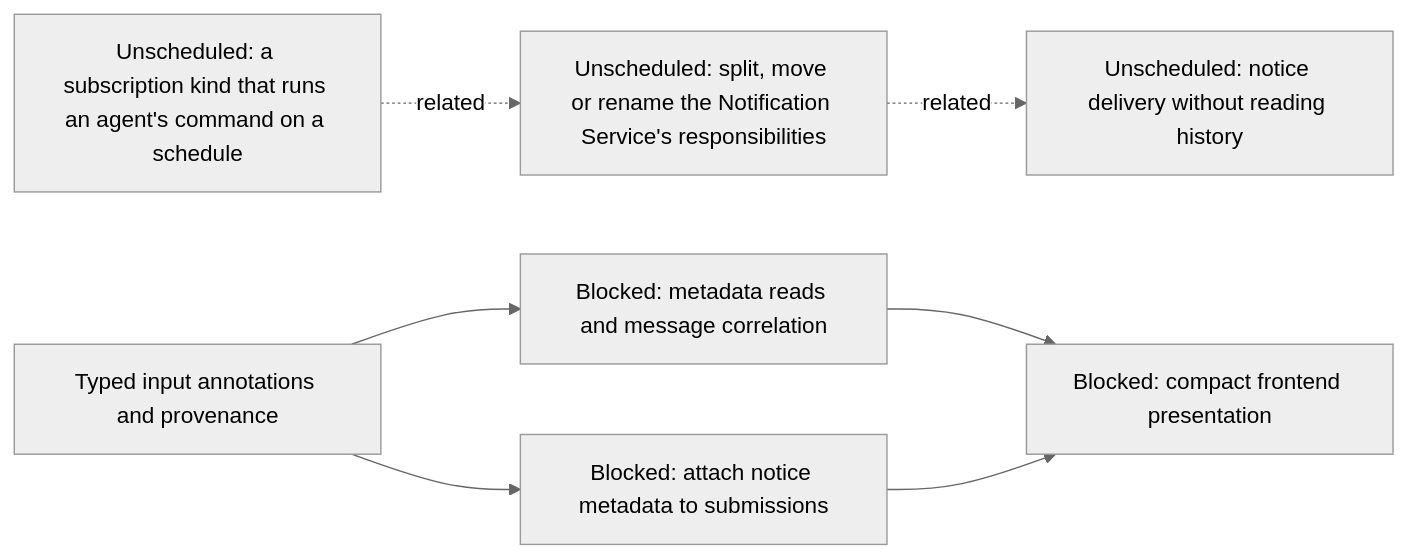
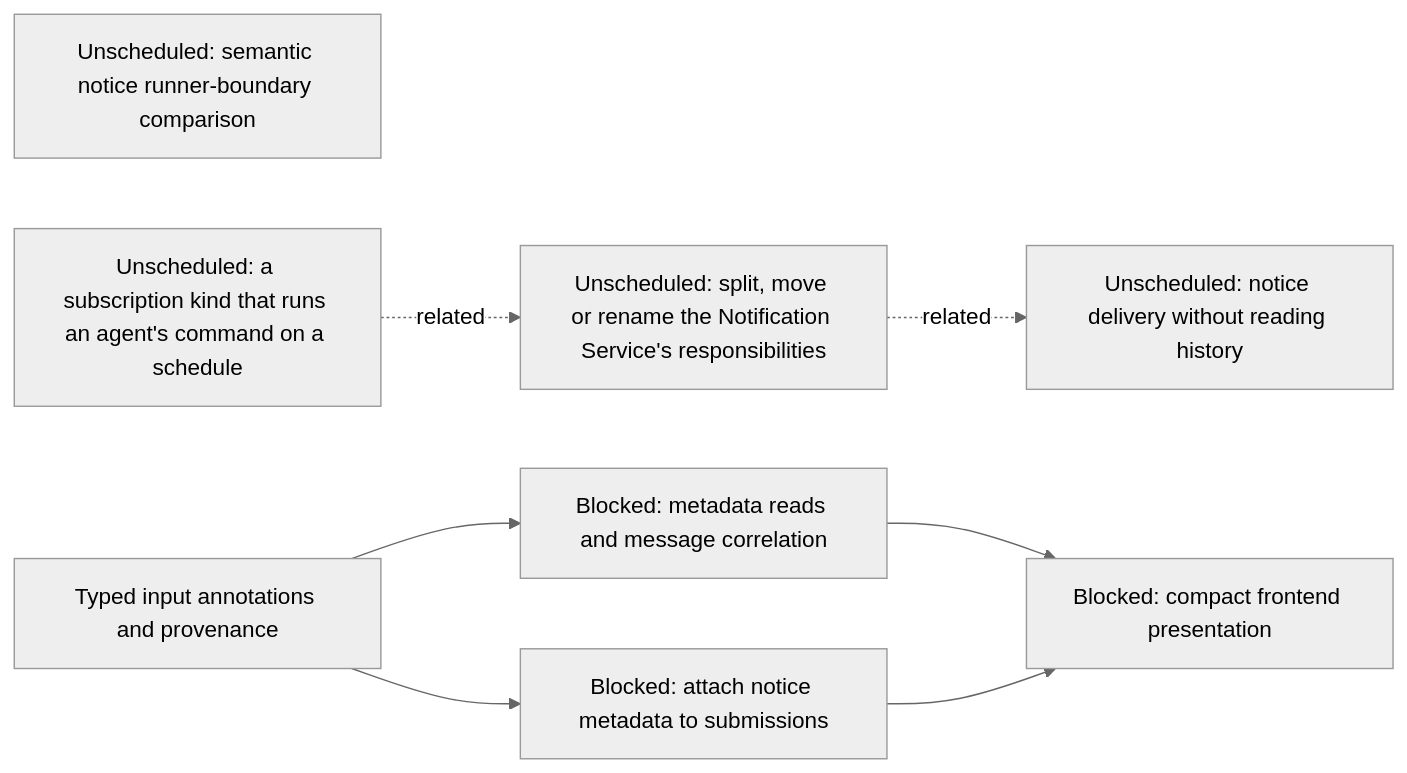
The third of 19 diagrams in agentplane/plans/task_dag.md (agentydragon-agent/ducktape), drawn with Mermaid (neutral theme) before and after one commit. The commit also changed other lines of this file and 92 other files, not shown here.

````diff
--- a/agentplane/plans/task_dag.md
+++ b/agentplane/plans/task_dag.md
@@ -75,16 +75,17 @@
 ```mermaid
 flowchart LR
     NOTIFICATION_COMMAND_OUTCOME_DESIGN[Unscheduled: notice delivery without reading history]
+    NOTIFICATION_RUNNER_BOUNDARY_COMPARE[Unscheduled: semantic notice runner-boundary comparison]
     NOTIFICATION_SERVICE_SPLIT[Unscheduled: split, move or rename the Notification Service's responsibilities]
     NOTIFICATION_SERVICE_SPLIT -. related .-> NOTIFICATION_COMMAND_OUTCOME_DESIGN
     COMMAND_WATCH_SUBSCRIPTION_DESIGN[Unscheduled: a subscription kind that runs an agent's command on a schedule]
     COMMAND_WATCH_SUBSCRIPTION_DESIGN -. related .-> NOTIFICATION_SERVICE_SPLIT
     SESSION_INPUT_METADATA[Typed input annotations and provenance]
     SESSION_INPUT_METADATA_READ[Blocked: metadata reads and message correlation]
     NOTIFICATION_NOTICE_METADATA[Blocked: attach notice metadata to submissions]
     NOTIFICATION_PRESENTATION[Blocked: compact frontend presentation]
     SESSION_INPUT_METADATA --> SESSION_INPUT_METADATA_READ
     SESSION_INPUT_METADATA --> NOTIFICATION_NOTICE_METADATA
     SESSION_INPUT_METADATA_READ --> NOTIFICATION_PRESENTATION
     NOTIFICATION_NOTICE_METADATA --> NOTIFICATION_PRESENTATION
 ```
````
